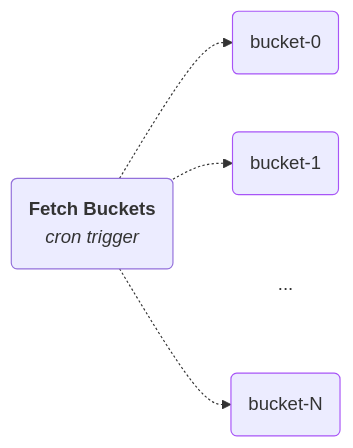
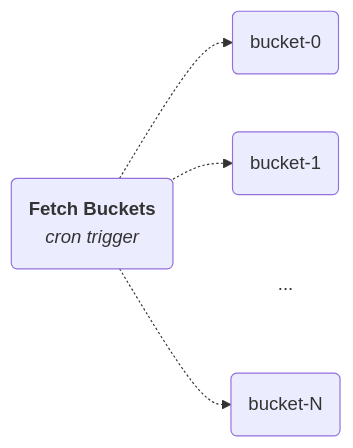
Before and after one commit to hatchet-dev/hatchet: the second of 3 diagrams in frontend/docs/content/docs/cookbooks/workflow-aws-s3.mdx, drawn with Mermaid. The commit also changed other lines of this file and 5 other files, not shown here.

First line of the commit message:
Restyle mermaid diagrams with brand tokens and Flow frame chrome.

````diff
--- a/frontend/docs/content/docs/cookbooks/workflow-aws-s3.mdx
+++ b/frontend/docs/content/docs/cookbooks/workflow-aws-s3.mdx
@@ -126,16 +122,13 @@
 ```mermaid
 flowchart LR
     A("<b>Fetch Buckets</b><br/><i>cron trigger</i>")
     B("bucket-0")
     C("bucket-1")
     D[...]
     E("bucket-N")
     A -.-> B
     A -.-> C
     A ~~~ D
     A -.-> E
     style D fill:none,stroke:none
-    style B stroke:#a855f7
-    style C stroke:#a855f7
-    style E stroke:#a855f7
 ```
````
